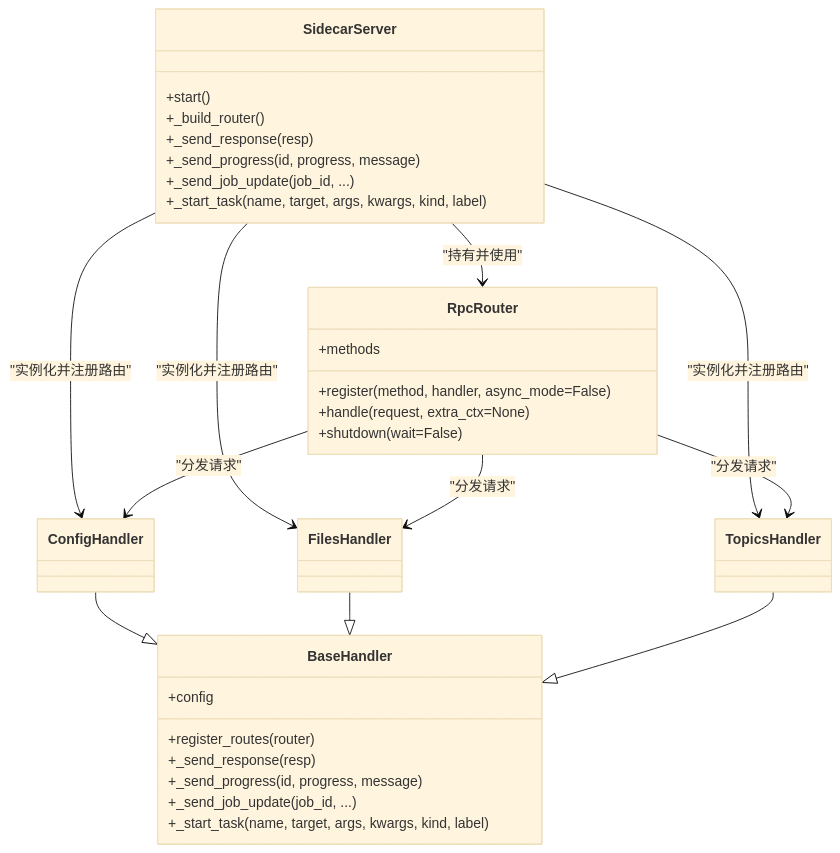
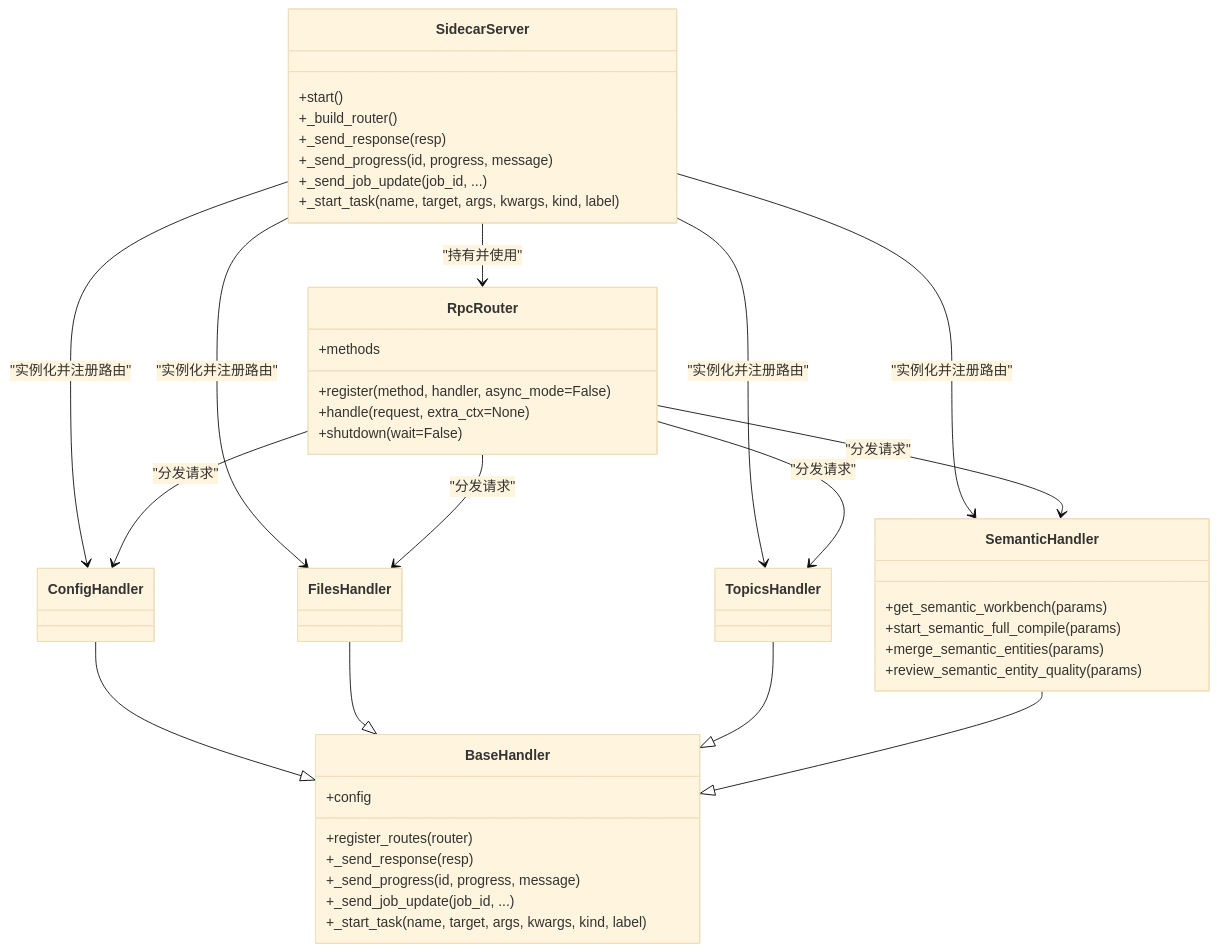
One commit to Miles128/NoteAI changed diagram 16 of 16 in .qoder/repowiki/zh/content/架构设计/Python Sidecar 服务/处理器系统架构/处理器系统架构.md. Above: the diagram before and after it, drawn with Mermaid (base theme). The commit also changed other lines of this file and 169 other files, not shown here.

````diff
--- a/.qoder/repowiki/zh/content/架构设计/Python Sidecar 服务/处理器系统架构/处理器系统架构.md
+++ b/.qoder/repowiki/zh/content/架构设计/Python Sidecar 服务/处理器系统架构/处理器系统架构.md
@@ -408,38 +598,47 @@
 ```mermaid
 classDiagram
 class SidecarServer {
 +start()
 +_build_router()
 +_send_response(resp)
 +_send_progress(id, progress, message)
 +_send_job_update(job_id, ...)
 +_start_task(name, target, args, kwargs, kind, label)
 }
 class RpcRouter {
 +register(method, handler, async_mode=False)
 +handle(request, extra_ctx=None)
 +methods
 +shutdown(wait=False)
 }
 class BaseHandler {
 +register_routes(router)
 +config
 +_send_response(resp)
 +_send_progress(id, progress, message)
 +_send_job_update(job_id, ...)
 +_start_task(name, target, args, kwargs, kind, label)
 }
 class ConfigHandler
 class FilesHandler
 class TopicsHandler
+class SemanticHandler {
++get_semantic_workbench(params)
++start_semantic_full_compile(params)
++merge_semantic_entities(params)
++review_semantic_entity_quality(params)
+}
 SidecarServer --> RpcRouter : "持有并使用"
 SidecarServer --> ConfigHandler : "实例化并注册路由"
 SidecarServer --> FilesHandler : "实例化并注册路由"
 SidecarServer --> TopicsHandler : "实例化并注册路由"
+SidecarServer --> SemanticHandler : "实例化并注册路由"
 ConfigHandler --|> BaseHandler
 FilesHandler --|> BaseHandler
 TopicsHandler --|> BaseHandler
+SemanticHandler --|> BaseHandler
 RpcRouter --> ConfigHandler : "分发请求"
 RpcRouter --> FilesHandler : "分发请求"
 RpcRouter --> TopicsHandler : "分发请求"
+RpcRouter --> SemanticHandler : "分发请求"
 ```
````
